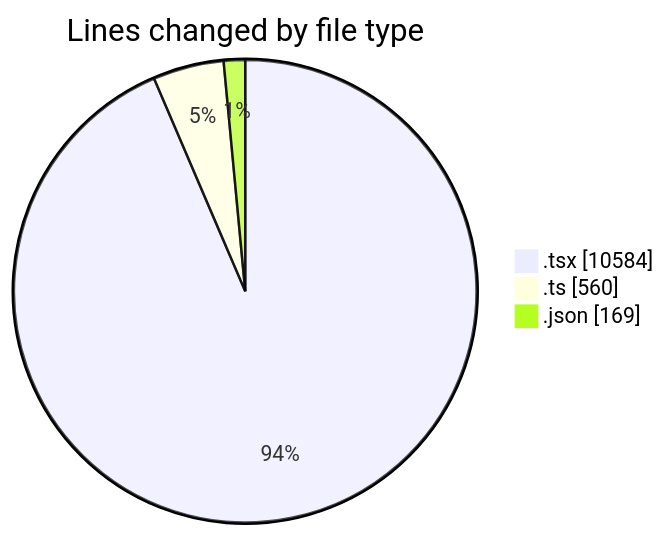
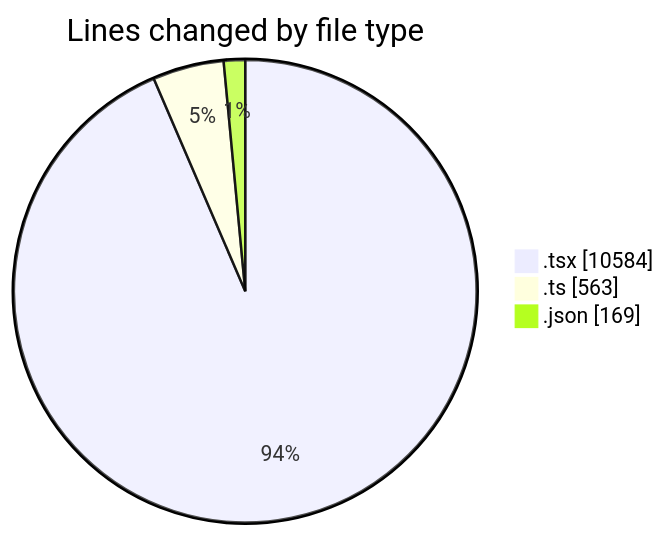
One commit to robertbonfada/code-tracking changed the first of 2 diagrams in 2025-02-18/mbc-web/README.md. Above: the diagram before and after it, drawn with Mermaid. The commit also changed other lines of this file and 1 other file, not shown here.

````diff
--- a/2025-02-18/mbc-web/README.md
+++ b/2025-02-18/mbc-web/README.md
@@ -136,7 +136,7 @@
 ```mermaid
 pie showData
 title Lines changed by file type
 ".tsx" : 10584
-".ts" : 560
+".ts" : 563
 ".json" : 169
 ```
````
